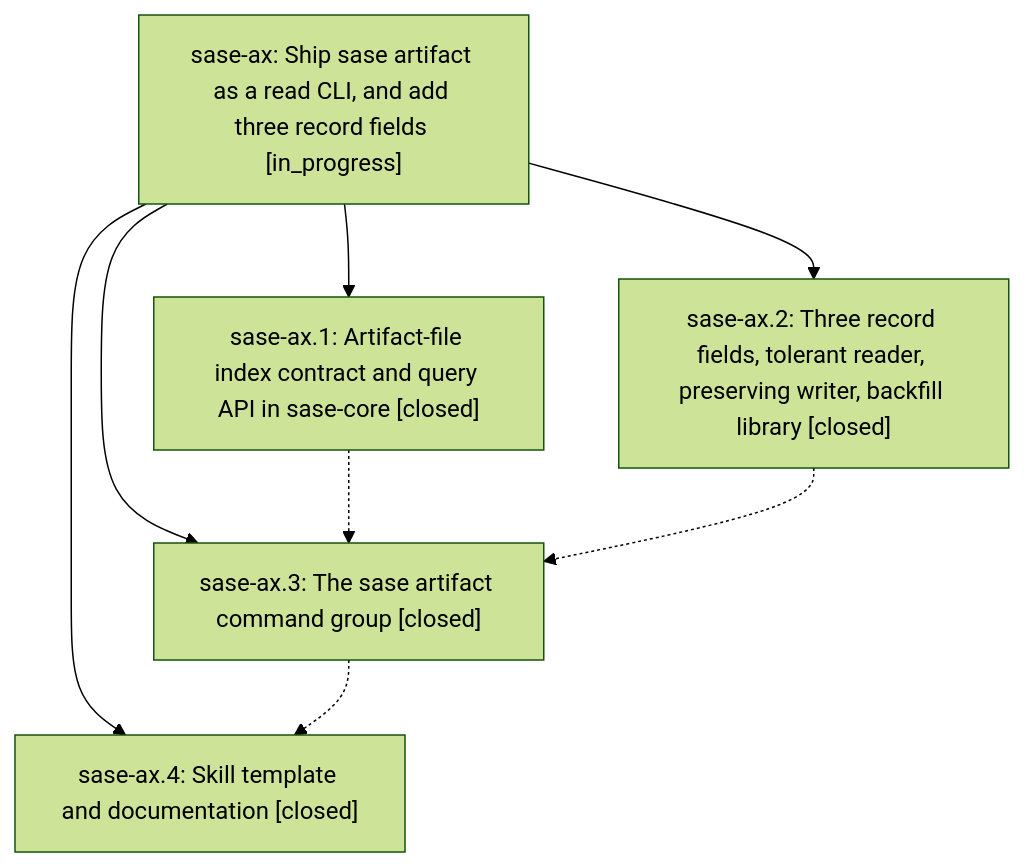
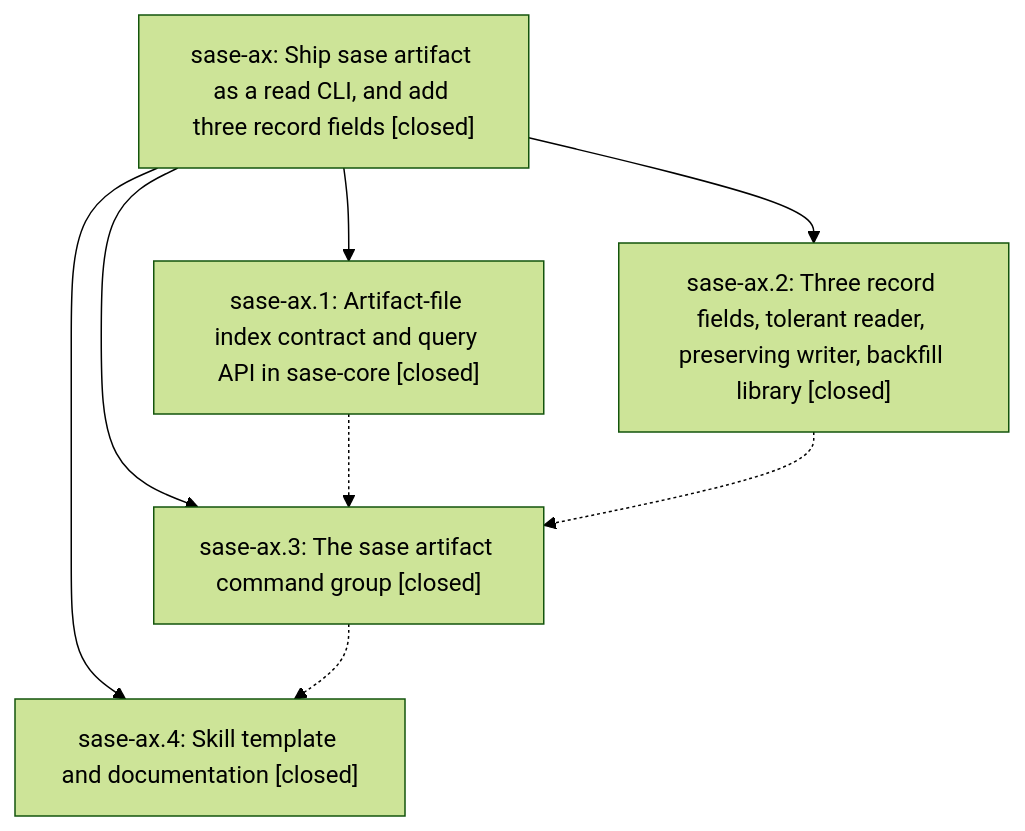
Before and after one commit to sase-org/sase--beads: the diagram in pages/sase-ax/README.md, drawn with Mermaid (forest theme). The commit also changed other lines of this file, not shown here.

First line of the commit message:
chore(beads): sync bead state and pages for sase-ax

````diff
--- a/pages/sase-ax/README.md
+++ b/pages/sase-ax/README.md
@@ -25,15 +31,15 @@
 ```mermaid
 flowchart TD
-    n0["sase-ax: Ship sase artifact as a read CLI, and add three record fields [in_progress]"]
+    n0["sase-ax: Ship sase artifact as a read CLI, and add three record fields [closed]"]
     n1["sase-ax.1: Artifact-file index contract and query API in sase-core [closed]"]
     n2["sase-ax.2: Three record fields, tolerant reader, preserving writer, backfill library [closed]"]
     n3["sase-ax.3: The sase artifact command group [closed]"]
     n4["sase-ax.4: Skill template and documentation [closed]"]
     n0 --> n1
     n0 --> n2
     n0 --> n3
     n0 --> n4
     n1 -.-> n3
     n2 -.-> n3
     n3 -.-> n4
 ```
````
